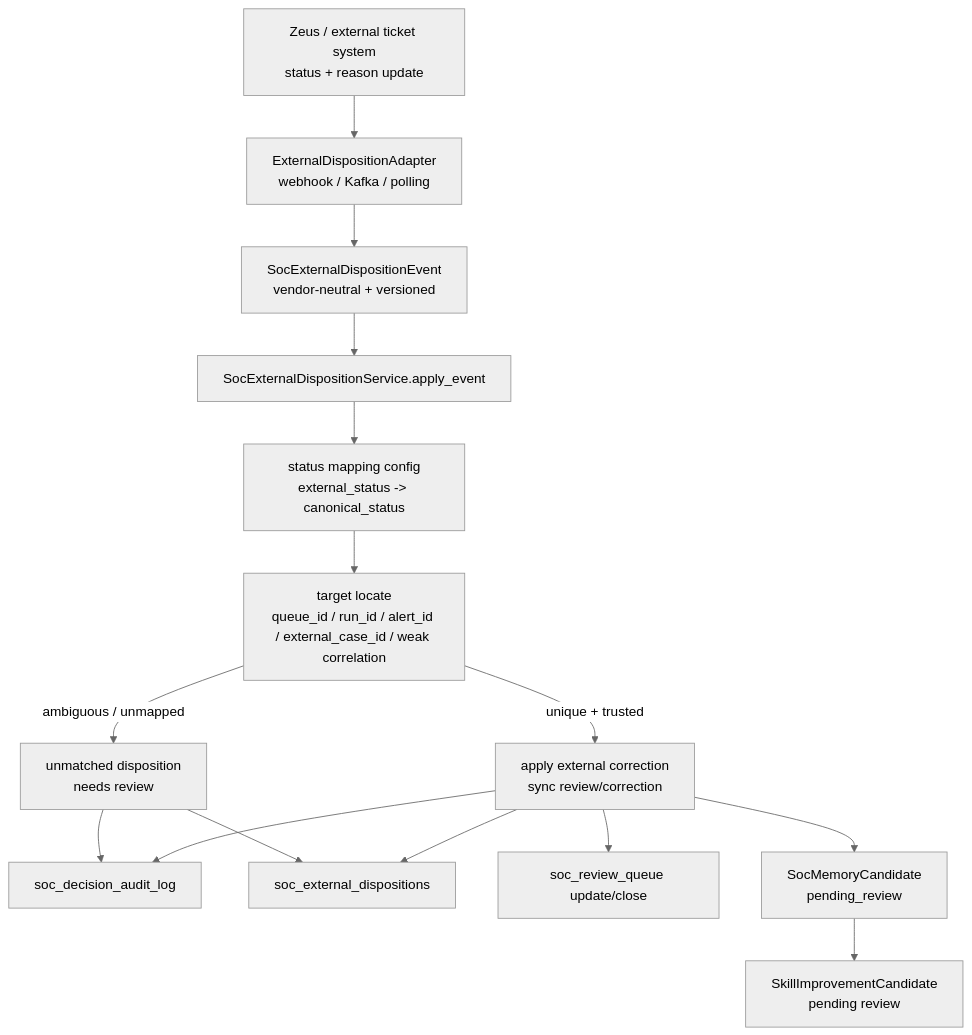
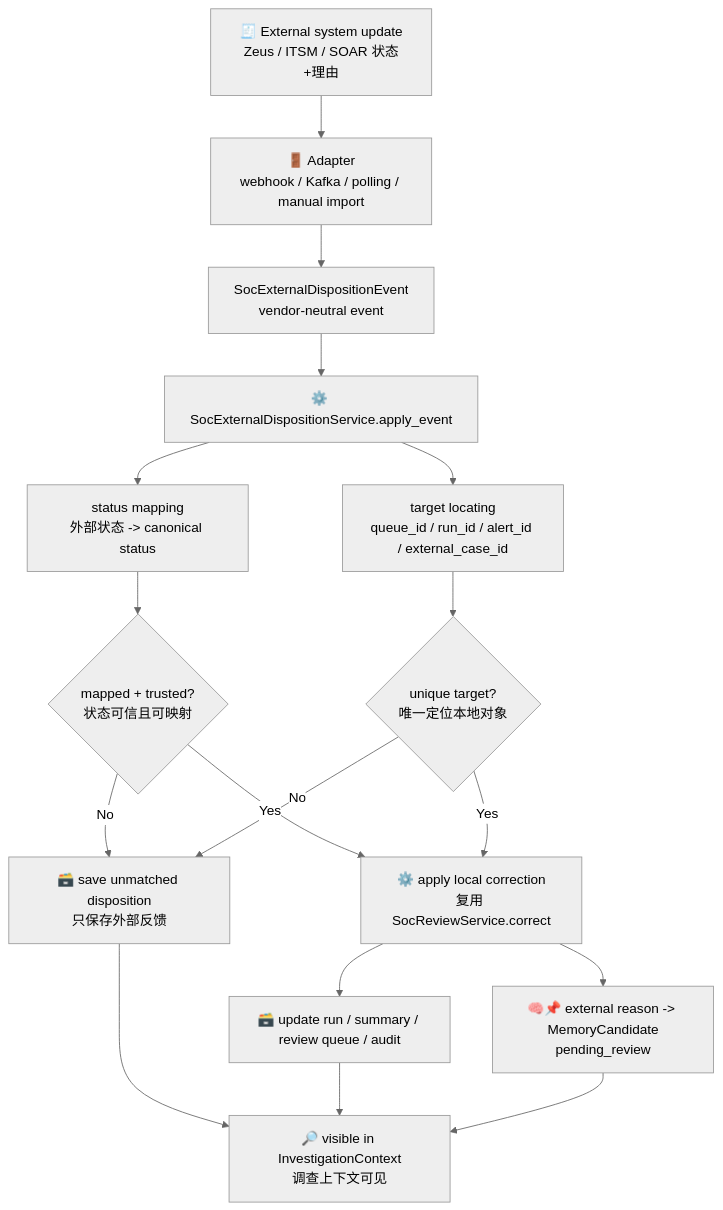
Before and after one commit to yydspanda/deer-flow: the eighth of 16 diagrams in .notes/ai_soc/alert-lifecycle-flow.md, drawn with Mermaid (neutral theme). The commit also changed other lines of this file and 23 other files, not shown here.

Commit message:
Add SOC review notes and organize AI SOC docs

````diff
--- a/.notes/ai_soc/alert-lifecycle-flow.md
+++ b/.notes/ai_soc/alert-lifecycle-flow.md
@@ -186,21 +323,22 @@
 ```mermaid
 flowchart TD
-    Zeus["Zeus / external ticket system\nstatus + reason update"] --> Adapter["ExternalDispositionAdapter\nwebhook / Kafka / polling"]
-    Adapter --> Event["SocExternalDispositionEvent\nvendor-neutral + versioned"]
-    Event --> Service["SocExternalDispositionService.apply_event"]
+    A["🧾 External system update<br/>Zeus / ITSM / SOAR 状态+理由"] --> B["🚪 Adapter<br/>webhook / Kafka / polling / manual import"]
+    B --> C["SocExternalDispositionEvent<br/>vendor-neutral event"]
+    C --> D["⚙️ SocExternalDispositionService.apply_event"]
+    D --> E["status mapping<br/>外部状态 -> canonical status"]
+    D --> F["target locating<br/>queue_id / run_id / alert_id / external_case_id"]
 
-    Service --> Map["status mapping config\nexternal_status -> canonical_status"]
-    Map --> Locate["target locate\nqueue_id / run_id / alert_id / external_case_id / weak correlation"]
+    E --> G{"mapped + trusted?<br/>状态可信且可映射"}
+    F --> H{"unique target?<br/>唯一定位本地对象"}
 
-    Locate -->|unique + trusted| Apply["apply external correction\nsync review/correction"]
-    Locate -->|ambiguous / unmapped| Unmatched["unmatched disposition\nneeds review"]
+    G -->|No| I["🗃️ save unmatched disposition<br/>只保存外部反馈"]
+    H -->|No| I
+    G -->|Yes| J["⚙️ apply local correction<br/>复用 SocReviewService.correct"]
+    H -->|Yes| J
 
-    Apply --> Audit["soc_decision_audit_log"]
-    Apply --> Record["soc_external_dispositions"]
-    Apply --> Review["soc_review_queue update/close"]
-    Apply --> Candidate["SocMemoryCandidate\npending_review"]
-    Candidate --> SkillCandidate["SkillImprovementCandidate\npending review"]
-
-    Unmatched --> Record
-    Unmatched --> Audit
+    J --> K["🗃️ update run / summary / review queue / audit"]
+    J --> L["🧠📌 external reason -> MemoryCandidate<br/>pending_review"]
+    I --> M["🔎 visible in InvestigationContext<br/>调查上下文可见"]
+    K --> M
+    L --> M
 ```
````
